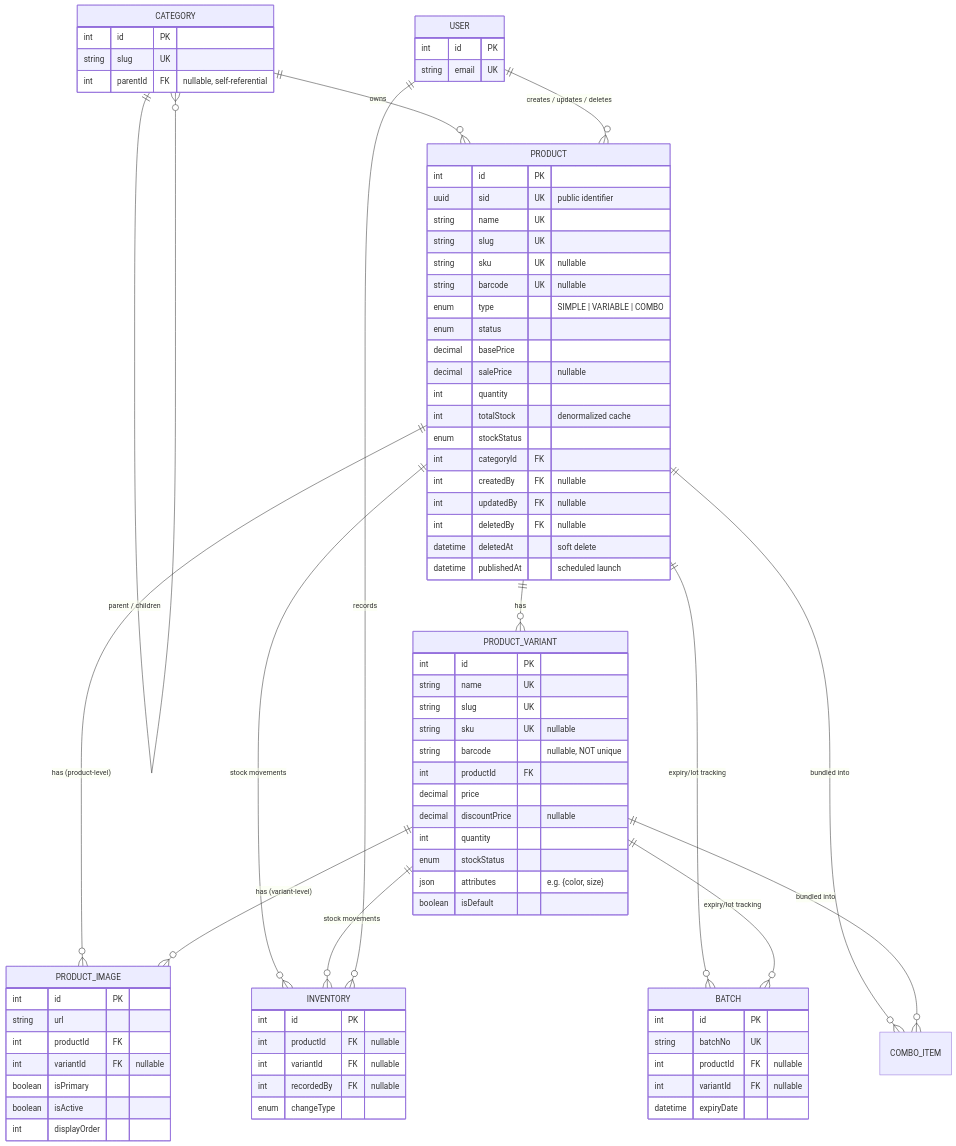
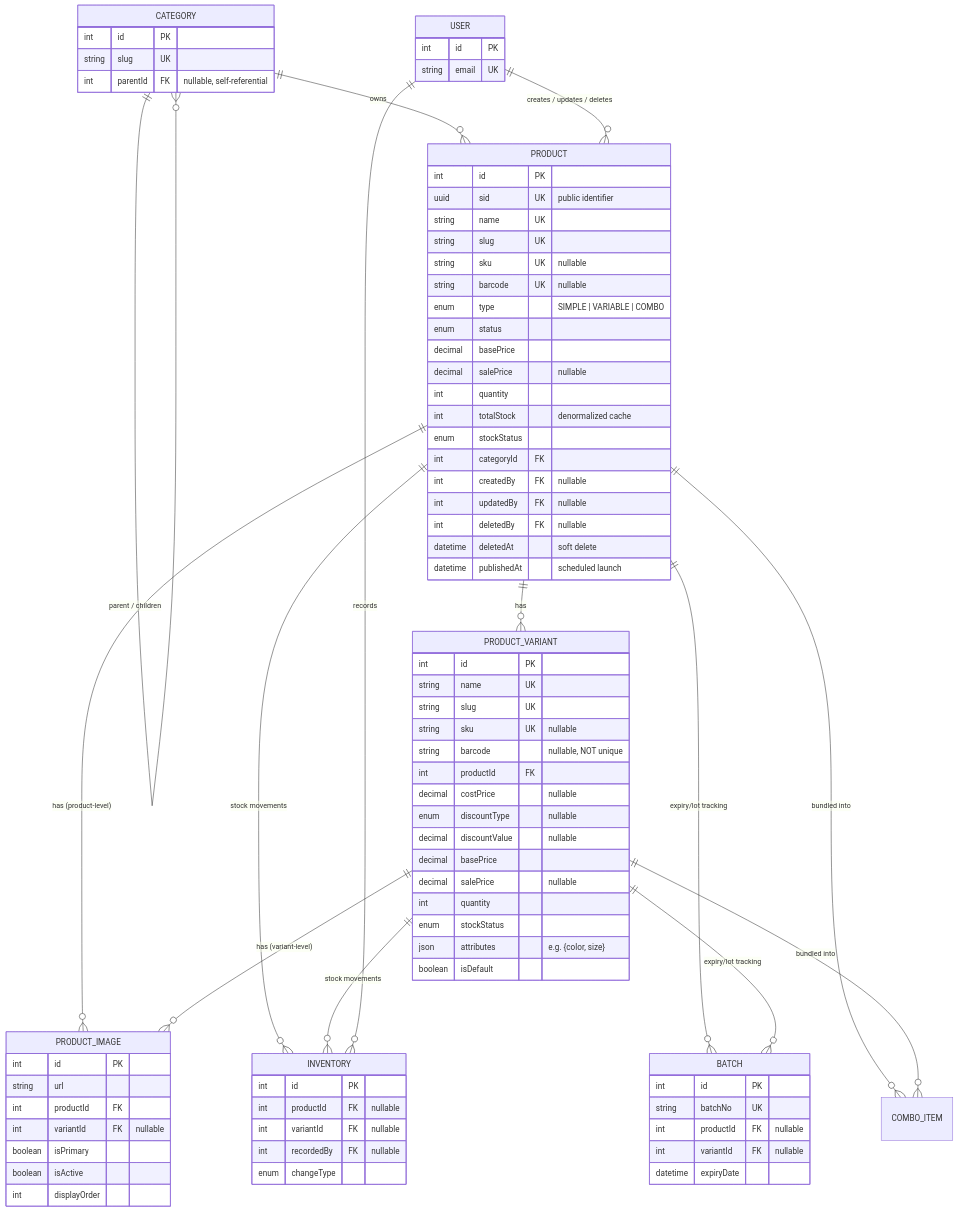
One commit to QuaziSamiha/thai-health-product-server changed the diagram in docs/db-schemas/product-db-schema.md. Above: the diagram before and after it, drawn with Mermaid. The commit also changed other lines of this file and 18 other files, not shown here.

```diff
--- a/docs/db-schemas/product-db-schema.md
+++ b/docs/db-schemas/product-db-schema.md
@@ -54,8 +54,11 @@
         string sku UK "nullable"
         string barcode "nullable, NOT unique"
         int productId FK
-        decimal price
-        decimal discountPrice "nullable"
+        decimal costPrice "nullable"
+        enum discountType "nullable"
+        decimal discountValue "nullable"
+        decimal basePrice
+        decimal salePrice "nullable"
         int quantity
         enum stockStatus
         json attributes "e.g. {color, size}"
```
